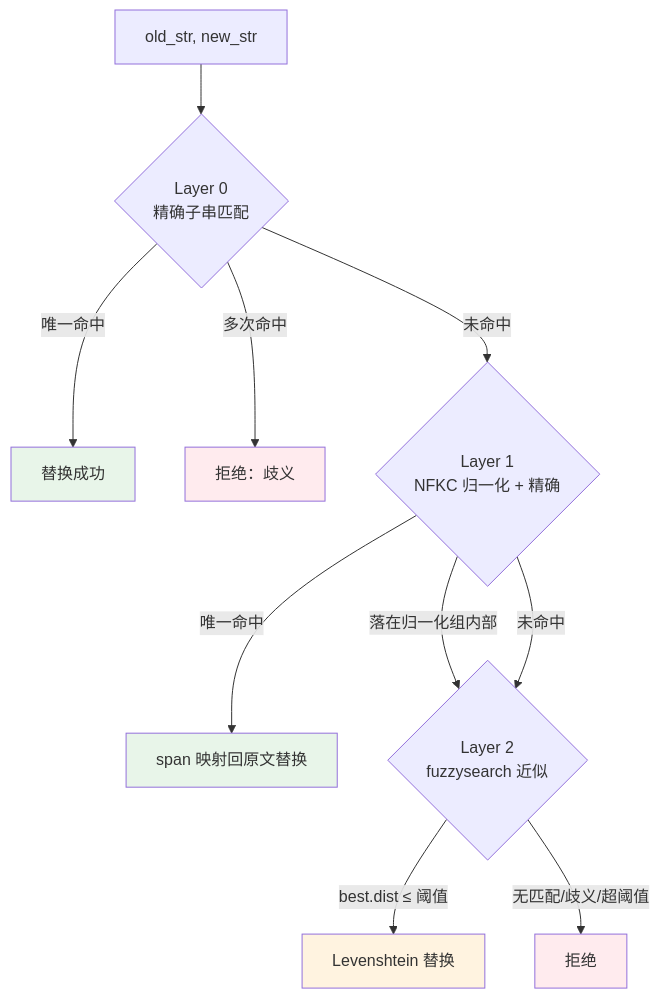
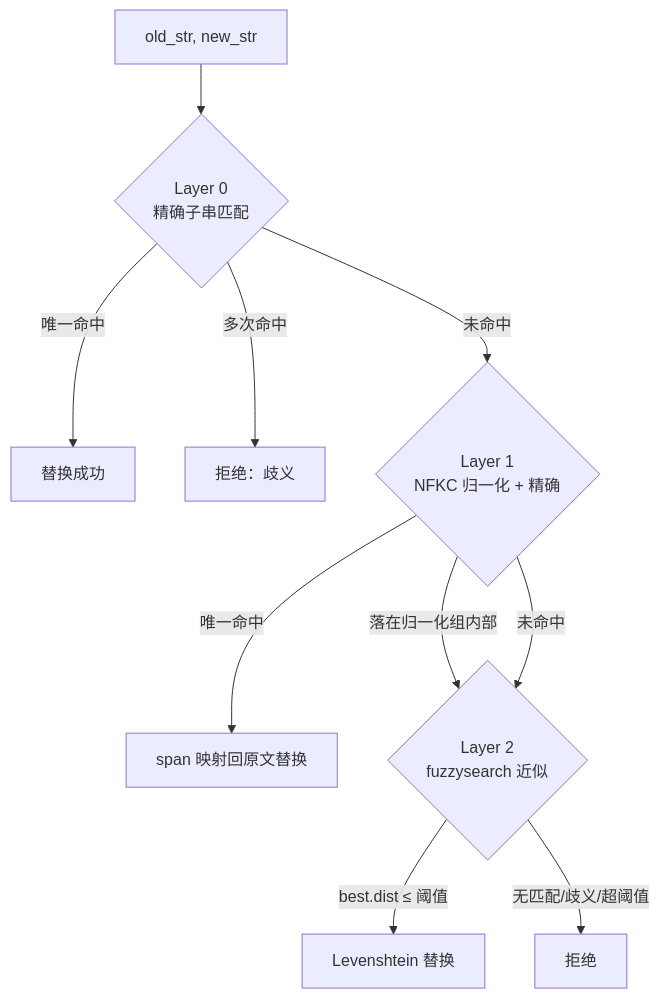
Before and after one commit to Neutrino1998/artifact-flow: the fourth of 4 diagrams in docs/architecture/artifacts.md, drawn with Mermaid. The commit also changed other lines of this file and 4 other files, not shown here.

First line of the commit message:
docs: drop custom mermaid fill colors for dark-mode readability

````diff
--- a/docs/architecture/artifacts.md
+++ b/docs/architecture/artifacts.md
@@ -177,18 +174,12 @@
 ```mermaid
 flowchart TD
     START[old_str, new_str] --> L0{Layer 0<br/>精确子串匹配}
     L0 -->|唯一命中| OK0[替换成功]
     L0 -->|多次命中| FAIL0[拒绝：歧义]
     L0 -->|未命中| L1{Layer 1<br/>NFKC 归一化 + 精确}
     L1 -->|唯一命中| OK1[span 映射回原文替换]
     L1 -->|落在归一化组内部| L2
     L1 -->|未命中| L2{Layer 2<br/>fuzzysearch 近似}
     L2 -->|best.dist ≤ 阈值| OK2[Levenshtein 替换]
     L2 -->|无匹配/歧义/超阈值| FAIL2[拒绝]
-
-    style OK0 fill:#e8f5e9
-    style OK1 fill:#e8f5e9
-    style OK2 fill:#fff3e0
-    style FAIL0 fill:#ffebee
-    style FAIL2 fill:#ffebee
 ```
````
